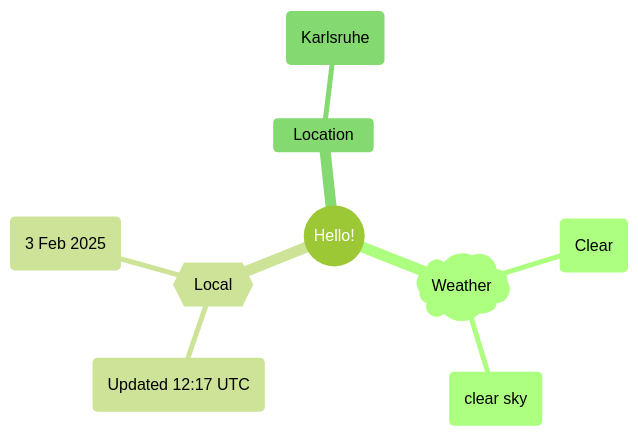
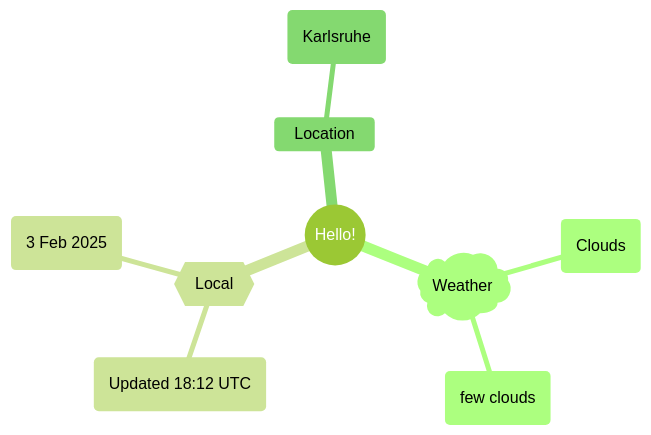
Before and after one commit to Xosrov/Xosrov: the first of 2 diagrams in README.md, drawn with Mermaid (forest theme).

Commit message:
[bot] updated images

````diff
--- a/README.md
+++ b/README.md
@@ -3,12 +3,12 @@
 ```mermaid
 mindmap
   root((Hello!))
     )Weather(
-        (Clear)
-        (clear sky)
+        (Clouds)
+        (few clouds)
     {{Local}}
-        (Updated 12:17 UTC)
+        (Updated 18:12 UTC)
         (3 Feb 2025)
     Location
         (Karlsruhe)
 ```
````
